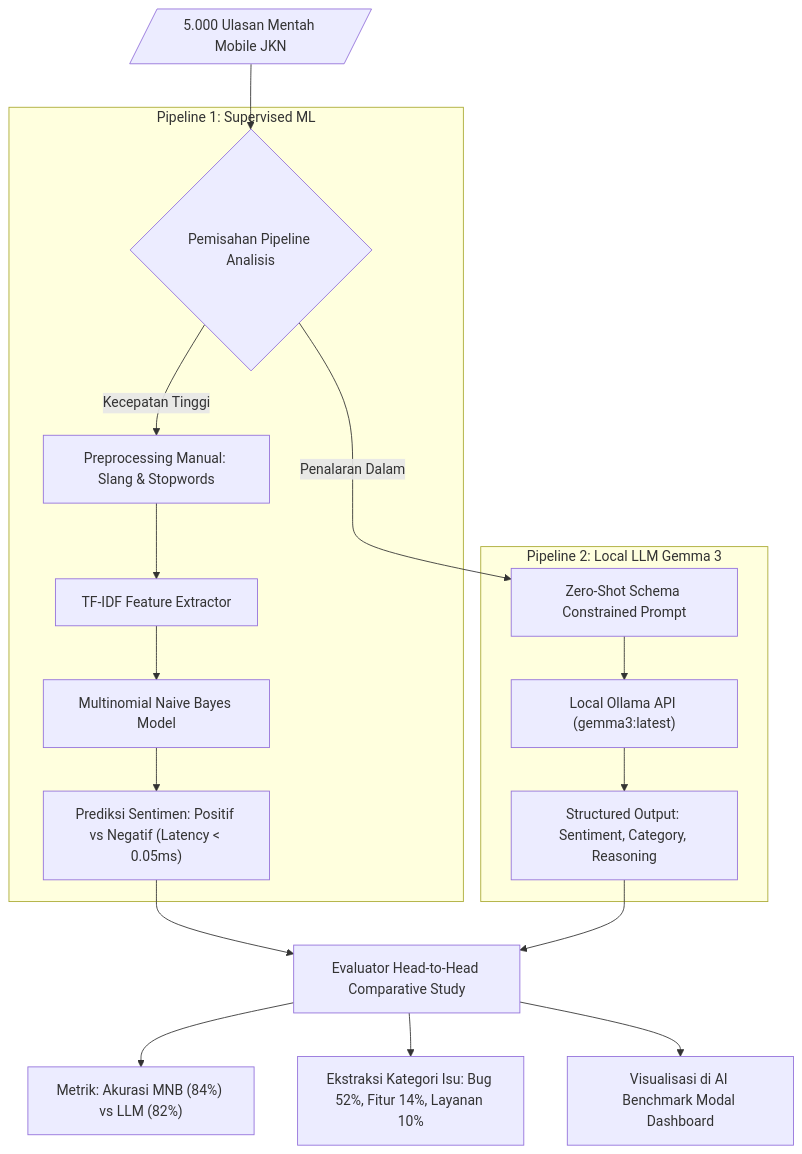
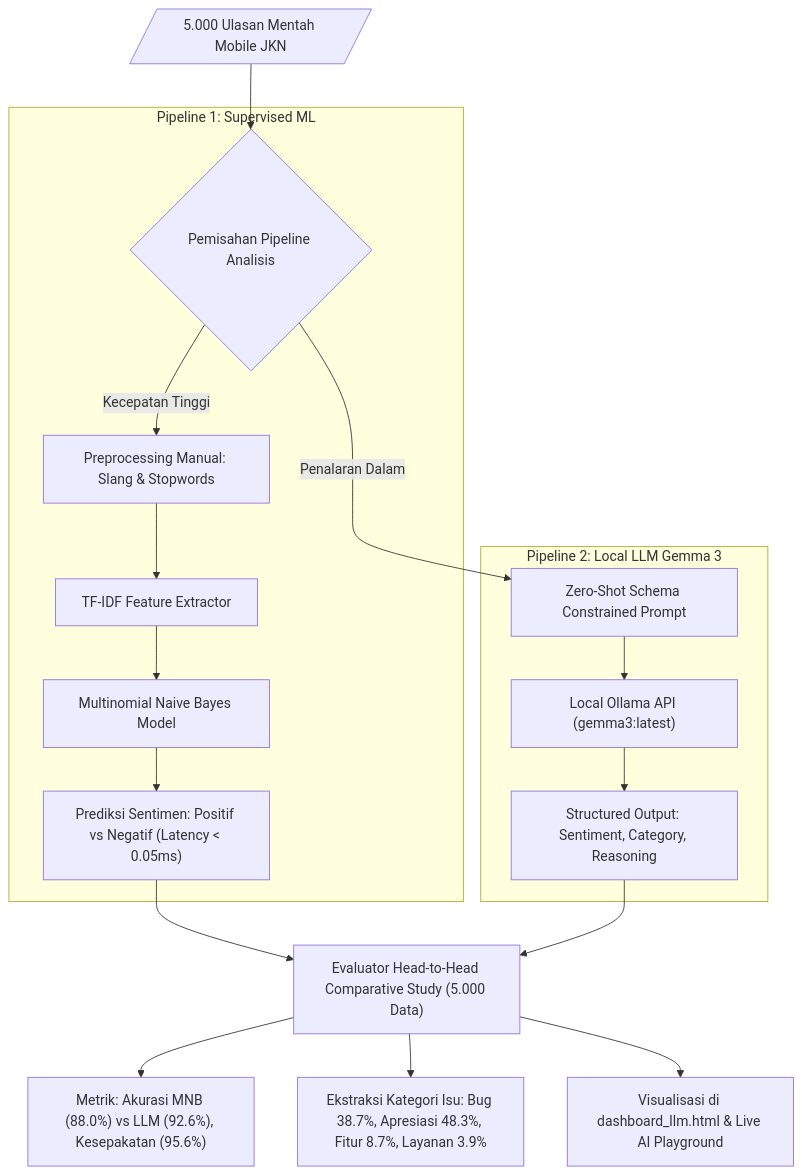
The sixth of 6 diagrams in docs/flowchart.md (presidendjakarta/Binus-s2-Business-Intelligence-and-Analytics-TK), drawn with Mermaid before and after one commit. The commit also changed other lines of this file and 5 other files, not shown here.

````diff
--- a/docs/flowchart.md
+++ b/docs/flowchart.md
@@ -135,24 +135,24 @@
 ```mermaid
 flowchart TD
     RawData[/"5.000 Ulasan Mentah Mobile JKN"/] --> SplitBranch{"Pemisahan Pipeline Analisis"}
     
     subgraph Classical_ML [Pipeline 1: Supervised ML]
         SplitBranch -->|Kecepatan Tinggi| Preproc["Preprocessing Manual: Slang & Stopwords"]
         Preproc --> TFIDF["TF-IDF Feature Extractor"]
         TFIDF --> MNB["Multinomial Naive Bayes Model"]
         MNB --> PredML["Prediksi Sentimen: Positif vs Negatif (Latency < 0.05ms)"]
     end
     
     subgraph Generative_AI [Pipeline 2: Local LLM Gemma 3]
         SplitBranch -->|Penalaran Dalam| LLM_Prompt["Zero-Shot Schema Constrained Prompt"]
         LLM_Prompt --> Ollama["Local Ollama API (gemma3:latest)"]
         Ollama --> JSON_Out["Structured Output: Sentiment, Category, Reasoning"]
     end
     
-    PredML --> Benchmark["Evaluator Head-to-Head Comparative Study"]
+    PredML --> Benchmark["Evaluator Head-to-Head Comparative Study (5.000 Data)"]
     JSON_Out --> Benchmark
     
-    Benchmark --> Metrics["Metrik: Akurasi MNB (84%) vs LLM (82%)"]
-    Benchmark --> Issues["Ekstraksi Kategori Isu: Bug 52%, Fitur 14%, Layanan 10%"]
-    Benchmark --> Dash["Visualisasi di AI Benchmark Modal Dashboard"]
+    Benchmark --> Metrics["Metrik: Akurasi MNB (88.0%) vs LLM (92.6%), Kesepakatan (95.6%)"]
+    Benchmark --> Issues["Ekstraksi Kategori Isu: Bug 38.7%, Apresiasi 48.3%, Fitur 8.7%, Layanan 3.9%"]
+    Benchmark --> Dash["Visualisasi di dashboard_llm.html & Live AI Playground"]
 ```
````
